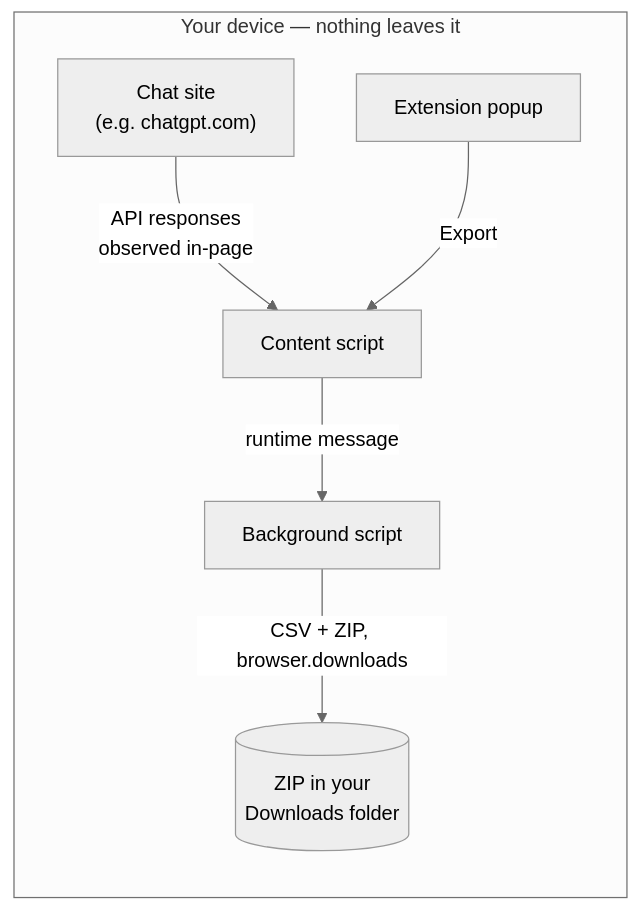
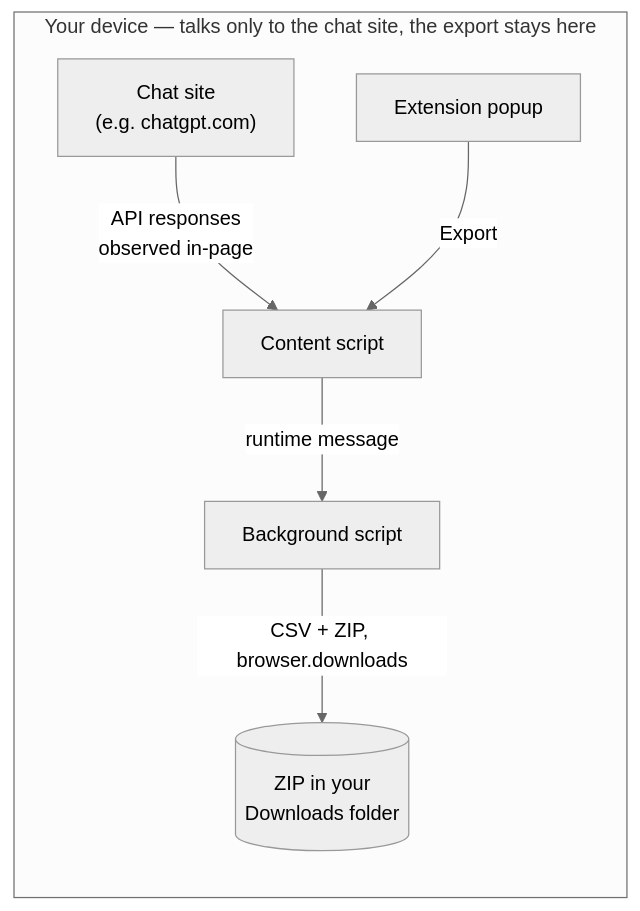
The diagram in README.md (dj-urg/ai-mirror-export), drawn with Mermaid (neutral theme) before and after one commit. The commit also changed other lines of this file and 3 other files, not shown here.

First line of the commit message:
docs: describe network use as "only the chat site", not "nothing is sent"

````diff
--- a/README.md
+++ b/README.md
@@ -73,15 +73,15 @@
 ```mermaid
 flowchart LR
     A["Chat site<br/>(e.g. chatgpt.com)"] -->|API responses<br/>observed in-page| B[Content script]
     P[Extension popup] -->|Export| B
     B -->|runtime message| C[Background script]
     C -->|CSV + ZIP, browser.downloads| D[("ZIP in your<br/>Downloads folder")]
 
-    subgraph Device["Your device — nothing leaves it"]
+    subgraph Device["Your device — talks only to the chat site, the export stays here"]
         A
         B
         P
         C
         D
     end
 ```
````
